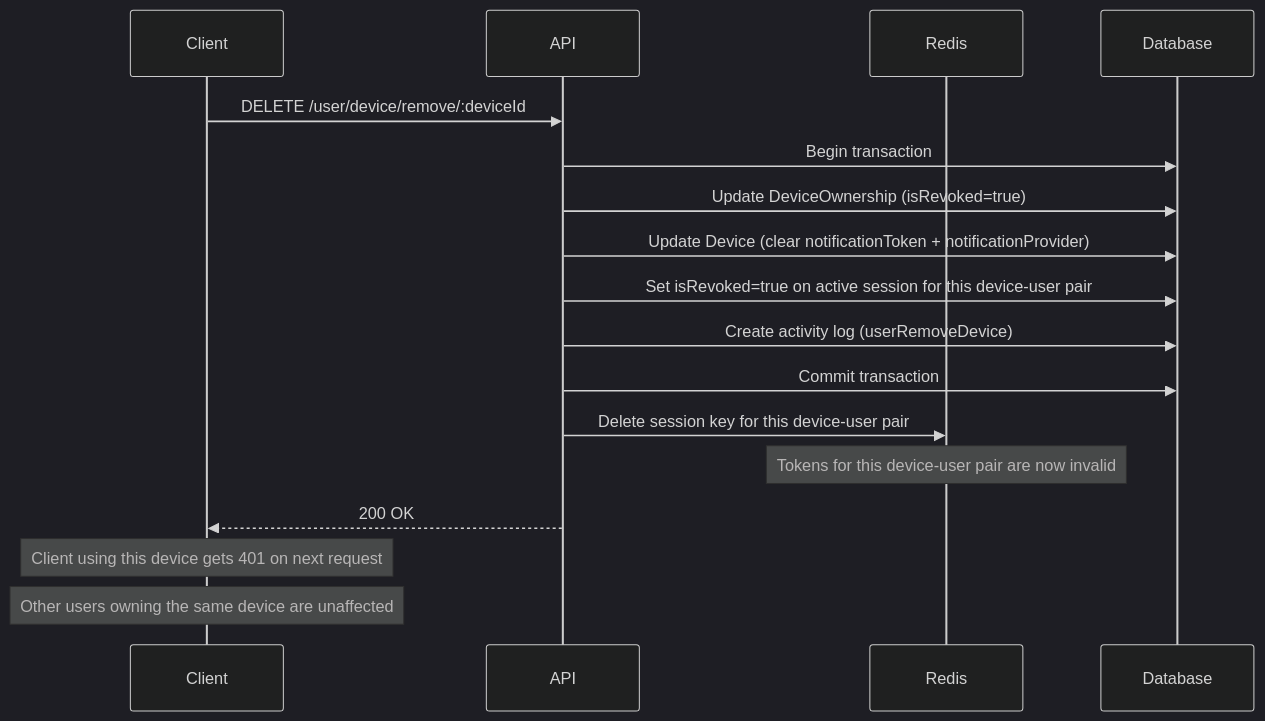
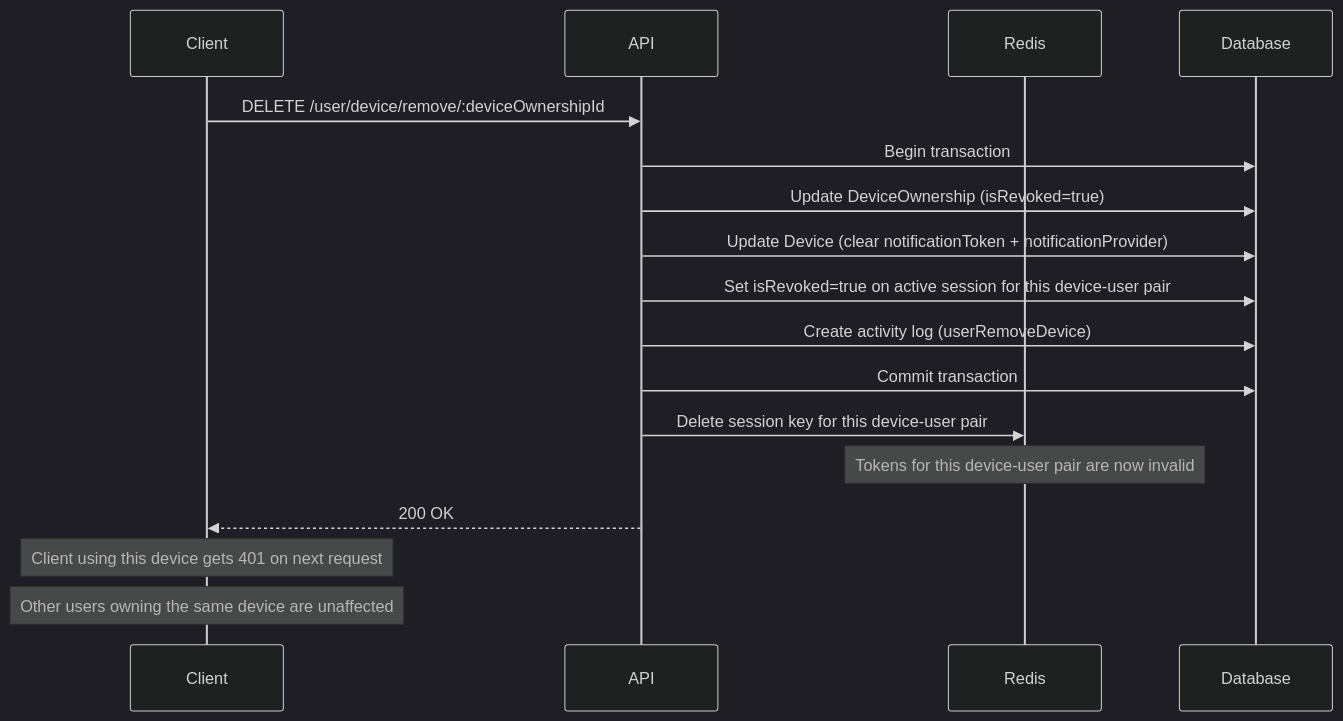
One commit to andrechristikan/ack-nestjs-boilerplate changed the diagram in docs/device.md. Above: the diagram before and after it, drawn with Mermaid (dark theme). The commit also changed other lines of this file and 12 other files, not shown here.

````diff
--- a/docs/device.md
+++ b/docs/device.md
@@ -95,20 +95,20 @@
 ```mermaid
 sequenceDiagram
     participant Client
     participant API
     participant Redis
     participant Database
 
-    Client->>API: DELETE /user/device/remove/:deviceId
+    Client->>API: DELETE /user/device/remove/:deviceOwnershipId
     API->>Database: Begin transaction
     API->>Database: Update DeviceOwnership (isRevoked=true)
     API->>Database: Update Device (clear notificationToken + notificationProvider)
     API->>Database: Set isRevoked=true on active session for this device-user pair
     API->>Database: Create activity log (userRemoveDevice)
     API->>Database: Commit transaction
     API->>Redis: Delete session key for this device-user pair
     Note over Redis: Tokens for this device-user pair are now invalid
     API-->>Client: 200 OK
     Note over Client: Client using this device gets 401 on next request
     Note over Client: Other users owning the same device are unaffected
 ```
````
